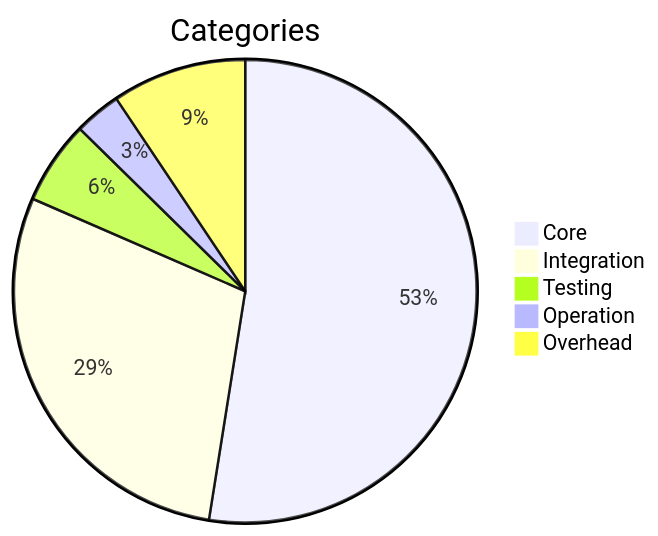
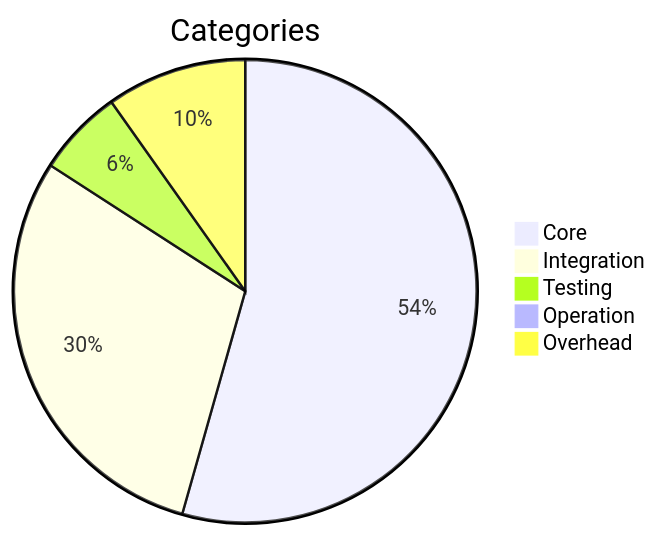
Before and after one commit to qubic/qct: the second of 4 diagrams in financial-reports/2025-03-03-january-2025.md, drawn with Mermaid. The commit also changed other lines of this file and 2 other files, not shown here.

Commit message:
Update pie graphics for categories Jan, Feb and Mar

````diff
--- a/financial-reports/2025-03-03-january-2025.md
+++ b/financial-reports/2025-03-03-january-2025.md
@@ -27,9 +27,8 @@
  ```mermaid
 pie title Categories
-"Core":52.50802658
-"Integration":29.02265782
-"Testing":5.821642217
-"Operation":3.257927867
-"Overhead":9.389745511
-
+"Core":52.6163351852082
+"Integration":28.7781793651821
+"Testing":5.87503167810763
+"Operation":0
+"Overhead":9.47585754533489
 ```
````
